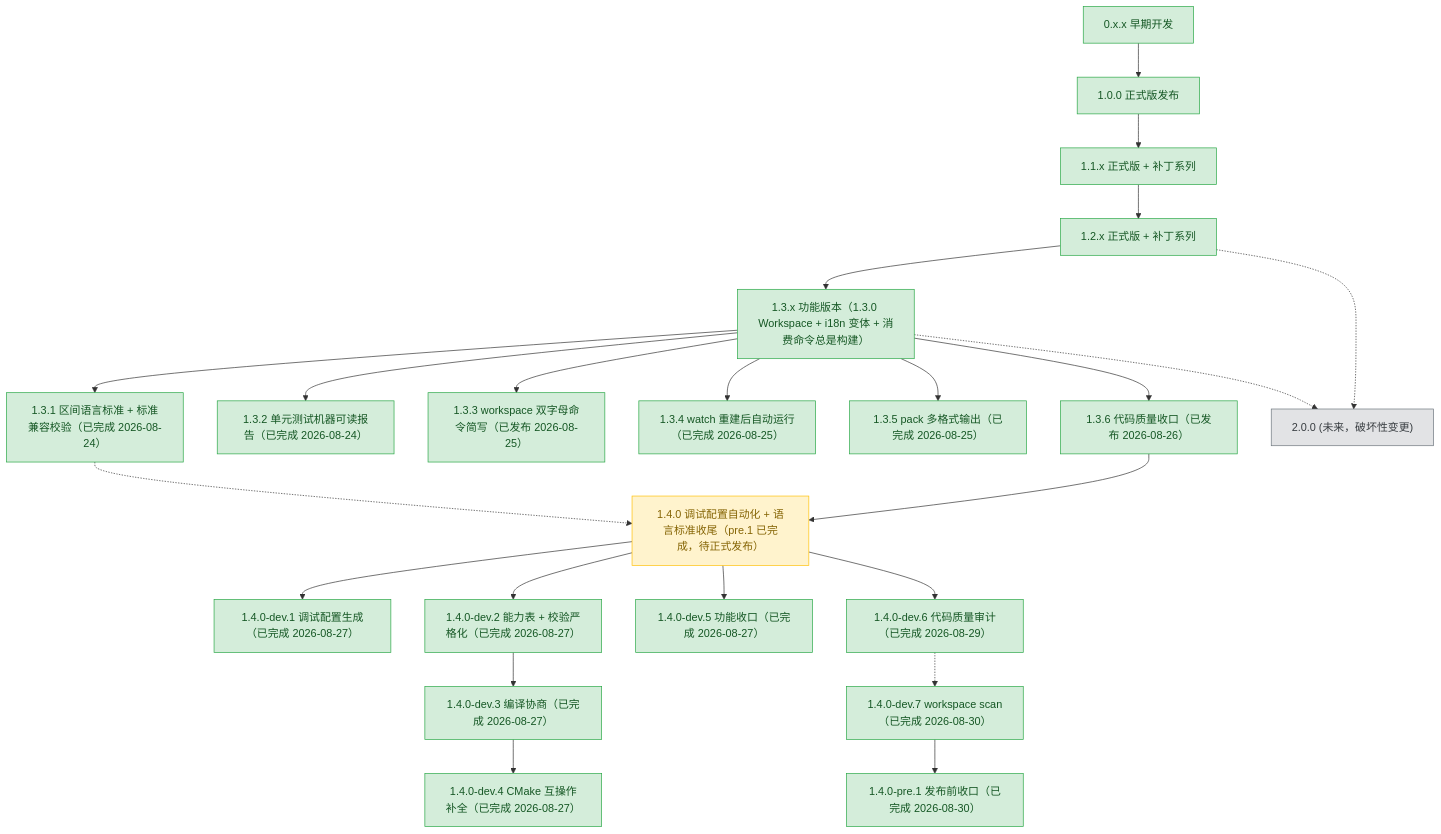
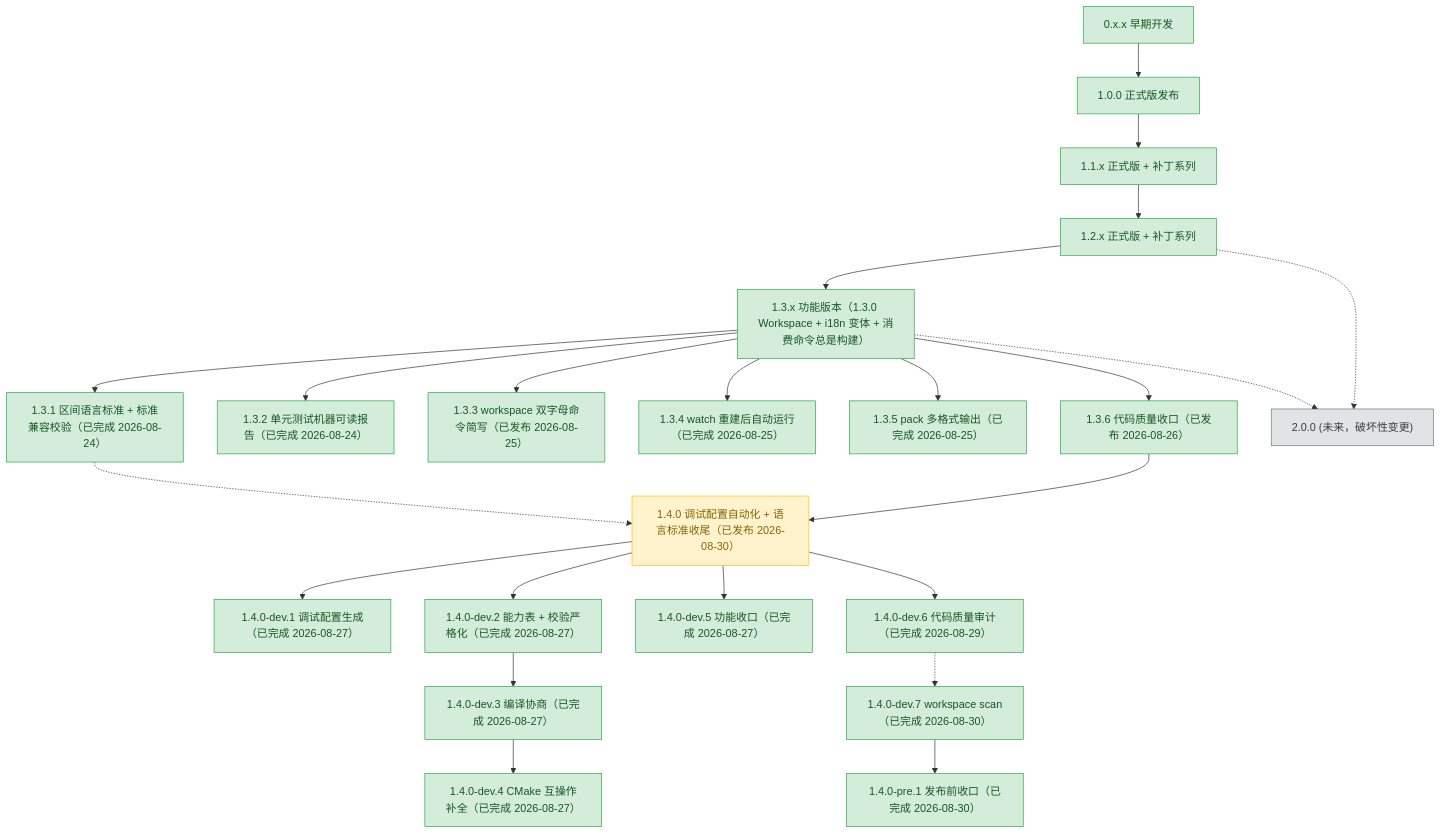
The diagram in plans/README.md (3667808244/EazyMake), drawn with Mermaid before and after one commit. The commit also changed other lines of this file and 4 other files, not shown here.

````diff
--- a/plans/README.md
+++ b/plans/README.md
@@ -72,72 +66,72 @@
 ```mermaid
 graph TD
     v0xx["0.x.x 早期开发"]
     v100["1.0.0 正式版发布"]
     v11x["1.1.x 正式版 + 补丁系列"]
     v12x["1.2.x 正式版 + 补丁系列"]
     v13x["1.3.x 功能版本（1.3.0 Workspace + i18n 变体 + 消费命令总是构建）"]
     v131["1.3.1 区间语言标准 + 标准兼容校验（已完成 2026-08-24）"]
     v132["1.3.2 单元测试机器可读报告（已完成 2026-08-24）"]
     v133["1.3.3 workspace 双字母命令简写（已发布 2026-08-25）"]
     v134["1.3.4 watch 重建后自动运行（已完成 2026-08-25）"]
     v135["1.3.5 pack 多格式输出（已完成 2026-08-25）"]
     v136["1.3.6 代码质量收口（已发布 2026-08-26）"]
-    v140["1.4.0 调试配置自动化 + 语言标准收尾（pre.1 已完成，待正式发布）"]
+    v140["1.4.0 调试配置自动化 + 语言标准收尾（已发布 2026-08-30）"]
     v141["1.4.0-dev.1 调试配置生成（已完成 2026-08-27）"]
     v142["1.4.0-dev.2 能力表 + 校验严格化（已完成 2026-08-27）"]
     v143["1.4.0-dev.3 编译协商（已完成 2026-08-27）"]
     v144["1.4.0-dev.4 CMake 互操作补全（已完成 2026-08-27）"]
     v145["1.4.0-dev.5 功能收口（已完成 2026-08-27）"]
     v146["1.4.0-dev.6 代码质量审计（已完成 2026-08-29）"]
     v147["1.4.0-dev.7 workspace scan（已完成 2026-08-30）"]
     v148["1.4.0-pre.1 发布前收口（已完成 2026-08-30）"]
     v200["2.0.0 (未来，破坏性变更)"]
 
     v0xx --> v100
     v100 --> v11x
     v11x --> v12x
     v12x --> v13x
     v13x --> v131
     v13x --> v132
     v13x --> v133
     v13x --> v134
     v13x --> v135
     v13x --> v136
     v136 --> v140
     v140 --> v141
     v140 --> v142
     v142 --> v143
     v143 --> v144
     v140 --> v145
     v140 --> v146
     v146 -.-> v147
     v147 --> v148
     v131 -.-> v140
     v12x -.-> v200
     v13x -.-> v200
 
     classDef done fill:#d4edda,stroke:#28a745,color:#155724;
     classDef active fill:#fff3cd,stroke:#ffc107,color:#856404;
     classDef todo fill:#e2e3e5,stroke:#6c757d,color:#383d41;
 
     class v0xx,v100 done;
     class v11x done;
     class v12x done;
     class v13x done;
     class v131 done;
     class v132 done;
     class v133 done;
     class v134 done;
     class v135 done;
     class v136 done;
     class v140 active;
     class v141 done;
     class v142 done;
     class v143 done;
     class v144 done;
     class v145 done;
     class v146 done;
     class v147 done;
     class v148 done;
     class v200 todo;
 ```
````
